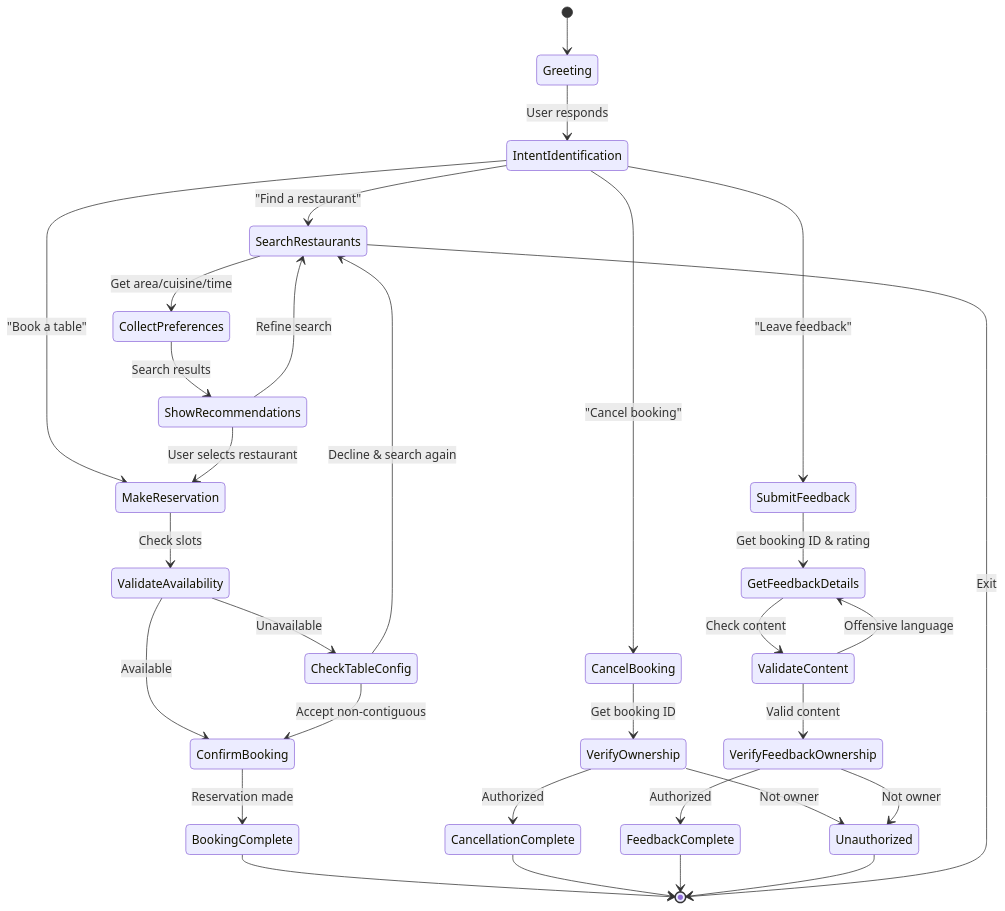
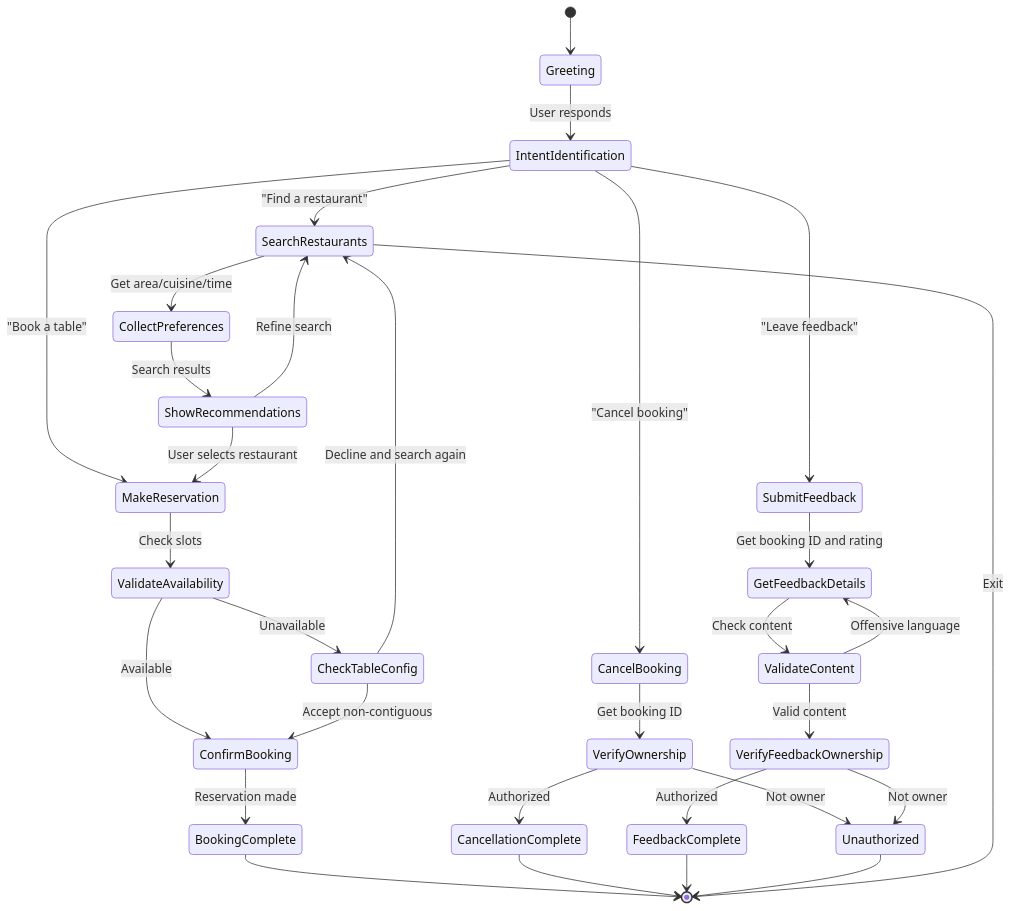
Before and after one commit to Kavia-M/ai-restaurant-reservation-assistant: the diagram in Usecase_documentation.md, drawn with Mermaid. The commit also changed other lines of this file, not shown here.

````diff
--- a/Usecase_documentation.md
+++ b/Usecase_documentation.md
@@ -186,42 +178,42 @@
 ```mermaid
 stateDiagram-v2
     [*] --> Greeting
     
     Greeting --> IntentIdentification: User responds
     
     IntentIdentification --> SearchRestaurants: "Find a restaurant"
     IntentIdentification --> MakeReservation: "Book a table"
     IntentIdentification --> CancelBooking: "Cancel booking"
     IntentIdentification --> SubmitFeedback: "Leave feedback"
     
     SearchRestaurants --> CollectPreferences: Get area/cuisine/time
     CollectPreferences --> ShowRecommendations: Search results
     ShowRecommendations --> MakeReservation: User selects restaurant
     ShowRecommendations --> SearchRestaurants: Refine search
     
     MakeReservation --> ValidateAvailability: Check slots
     ValidateAvailability --> ConfirmBooking: Available
     ValidateAvailability --> CheckTableConfig: Unavailable
     CheckTableConfig --> ConfirmBooking: Accept non-contiguous
-    CheckTableConfig --> SearchRestaurants: Decline & search again
+    CheckTableConfig --> SearchRestaurants: Decline and search again
     ConfirmBooking --> BookingComplete: Reservation made
     
     CancelBooking --> VerifyOwnership: Get booking ID
     VerifyOwnership --> CancellationComplete: Authorized
     
-    SubmitFeedback --> GetFeedbackDetails: Get booking ID & rating
+    SubmitFeedback --> GetFeedbackDetails: Get booking ID and rating
     GetFeedbackDetails --> ValidateContent: Check content
     ValidateContent --> VerifyFeedbackOwnership: Valid content
     ValidateContent --> GetFeedbackDetails: Offensive language
     VerifyFeedbackOwnership --> FeedbackComplete: Authorized
     
     VerifyOwnership --> Unauthorized: Not owner
     VerifyFeedbackOwnership --> Unauthorized: Not owner
     
     BookingComplete --> [*]
     CancellationComplete --> [*]
     FeedbackComplete --> [*]
     Unauthorized --> [*]
     SearchRestaurants --> [*]: Exit
     
 ```
````
